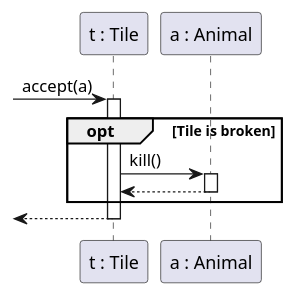
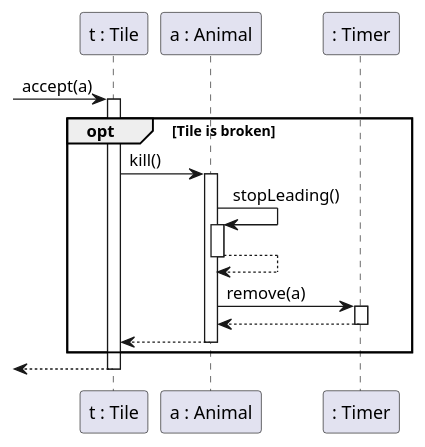
The diagram in 3-analysis-modell/java/src/main/plantuml/SequenceDiagram_Animal_stepsOnBrokenTile.puml (bokovhu/software-project-laboratory-assignment), drawn with PlantUML before and after one commit. The commit also changed 8 other files, not shown here.

```diff
--- a/3-analysis-modell/java/src/main/plantuml/SequenceDiagram_Animal_stepsOnBrokenTile.puml
+++ b/3-analysis-modell/java/src/main/plantuml/SequenceDiagram_Animal_stepsOnBrokenTile.puml
@@ -1,22 +1,27 @@
 @startuml
 
 skinparam classAttributeIconSize 0
 skinparam guillemet false
 
 participant "t : Tile" as t
 participant "a : Animal" as a
+participant ": Timer" as T
 
 [-> t : accept(a)
 activate t
 
 opt Tile is broken
 
 t -> a ++ : kill()
+a -> a++  :stopLeading()
+        a--> a--
+        a -> T++ :remove(a)
+        T-->a--
 a --> t --
 
 end
 
 [<-- t
 deactivate t
 
 @enduml
```
